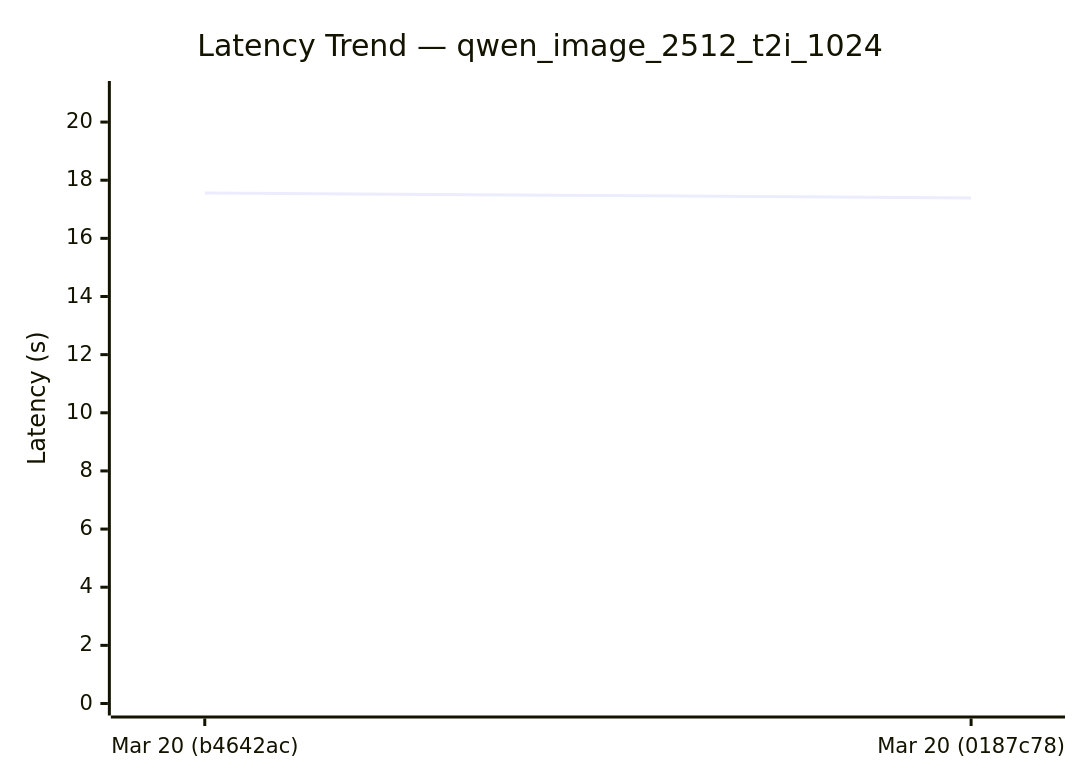
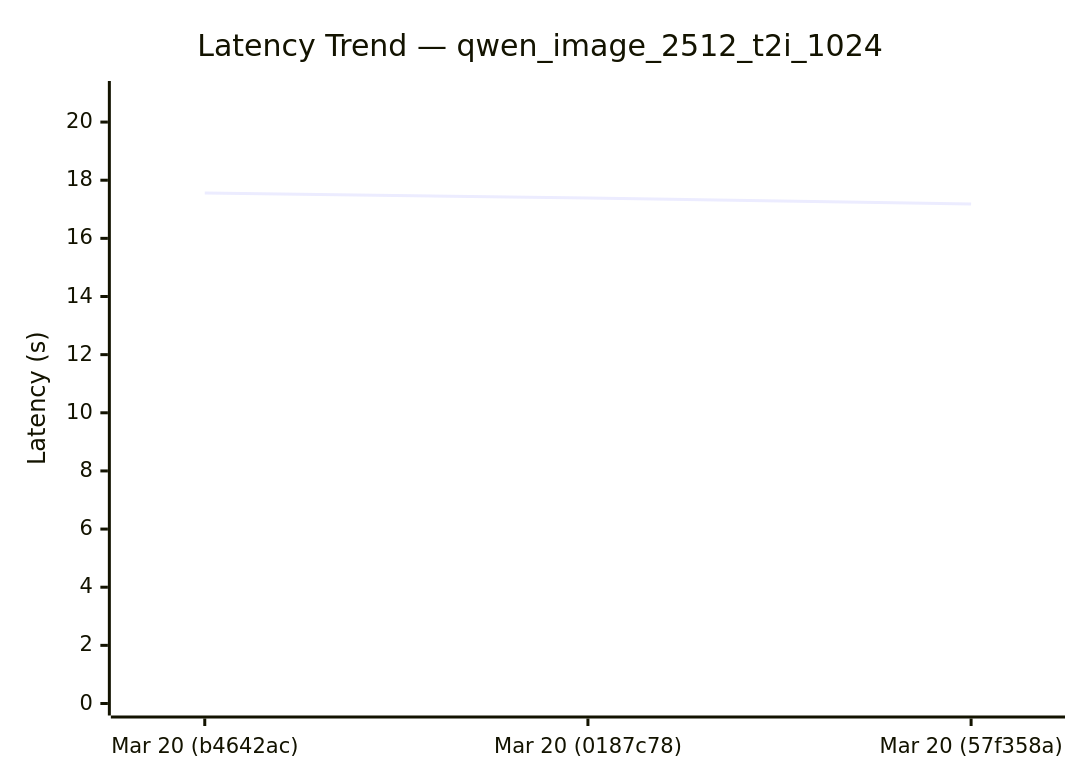
The third of 7 diagrams in diffusion-comparisons/dashboard.md (sglang-bot/sglang-ci-data), drawn with Mermaid before and after one commit. The commit also changed other lines of this file and 1 other file, not shown here.

````diff
--- a/diffusion-comparisons/dashboard.md
+++ b/diffusion-comparisons/dashboard.md
@@ -43,7 +56,7 @@
 ```mermaid
 xychart-beta
   title "Latency Trend — qwen_image_2512_t2i_1024"
-  x-axis ["Mar 20 (b4642ac)", "Mar 20 (0187c78)"]
+  x-axis ["Mar 20 (b4642ac)", "Mar 20 (0187c78)", "Mar 20 (57f358a)"]
   y-axis "Latency (s)" 0 --> 21
-  line [17.56, 17.39]
+  line [17.56, 17.39, 17.18]
 ```
````
